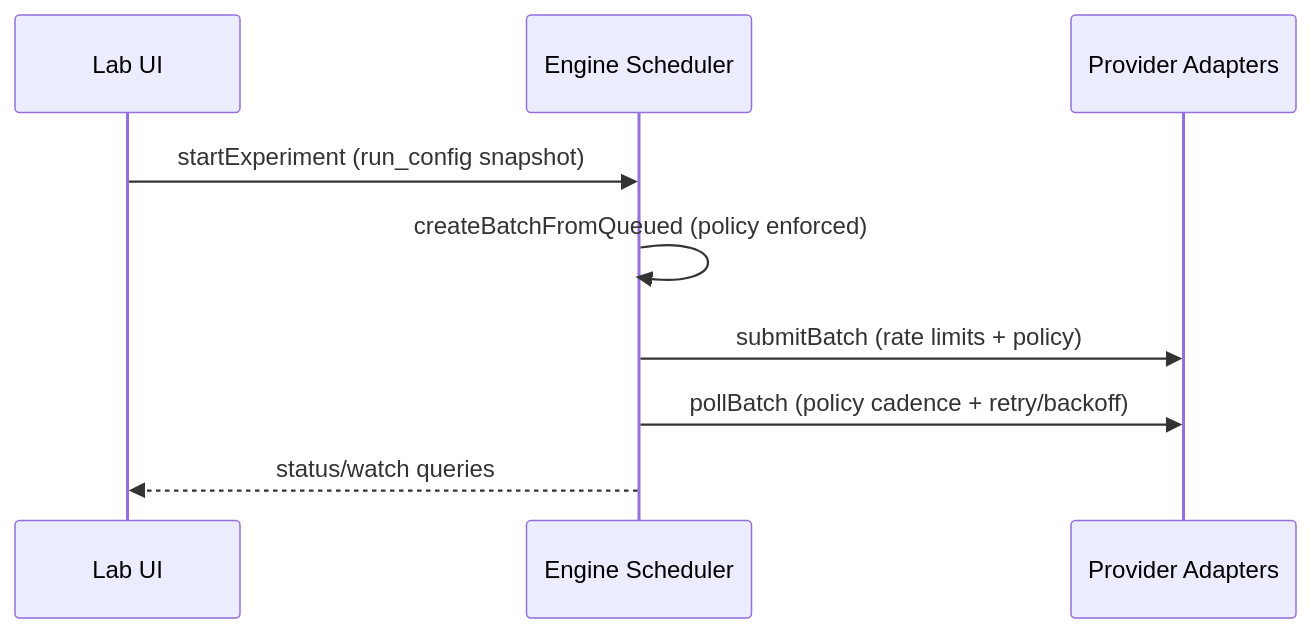
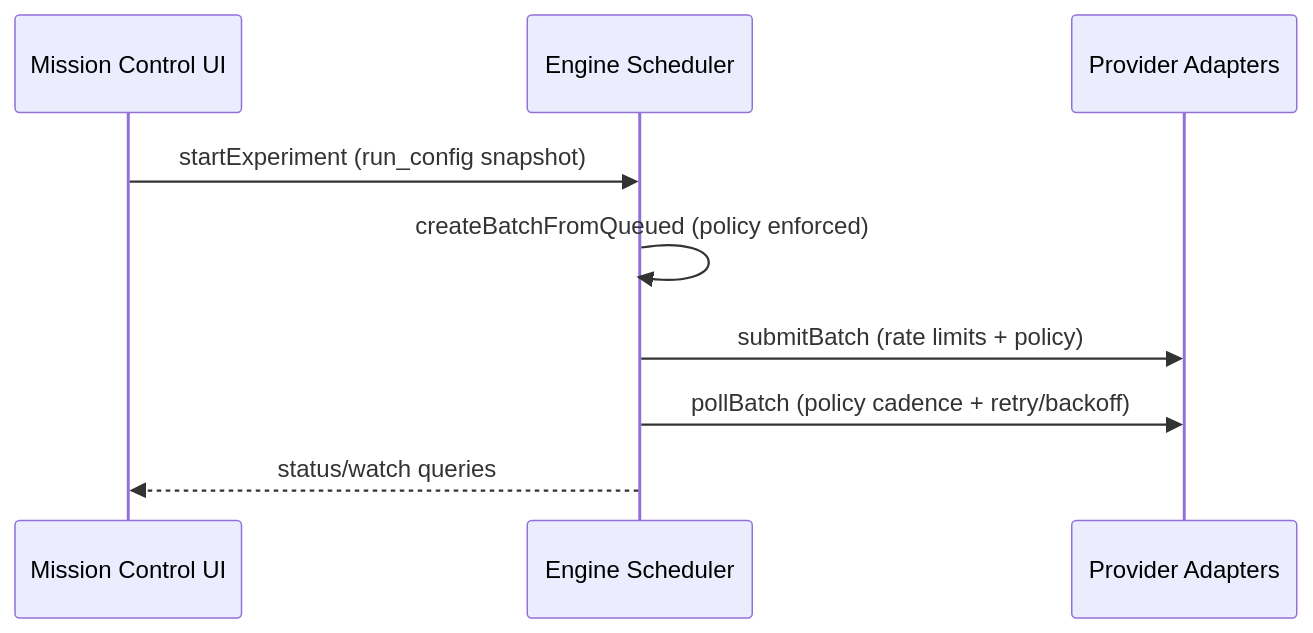
Before and after one commit to theonetruejesse/judge-gym: the third of 3 diagrams in README.md, drawn with Mermaid. The commit also changed other lines of this file and 217 other files, not shown here.

Commit message:
Consolidate lab to Mission Control

````diff
--- a/README.md
+++ b/README.md
@@ -308,12 +308,12 @@
 ```mermaid
 sequenceDiagram
-  participant Client as Lab UI
+  participant Client as Mission Control UI
   participant Convex as Engine Scheduler
   participant Providers as Provider Adapters
 
   Client->>Convex: startExperiment (run_config snapshot)
   Convex->>Convex: createBatchFromQueued (policy enforced)
   Convex->>Providers: submitBatch (rate limits + policy)
   Convex->>Providers: pollBatch (policy cadence + retry/backoff)
   Convex-->>Client: status/watch queries
 ```
````
